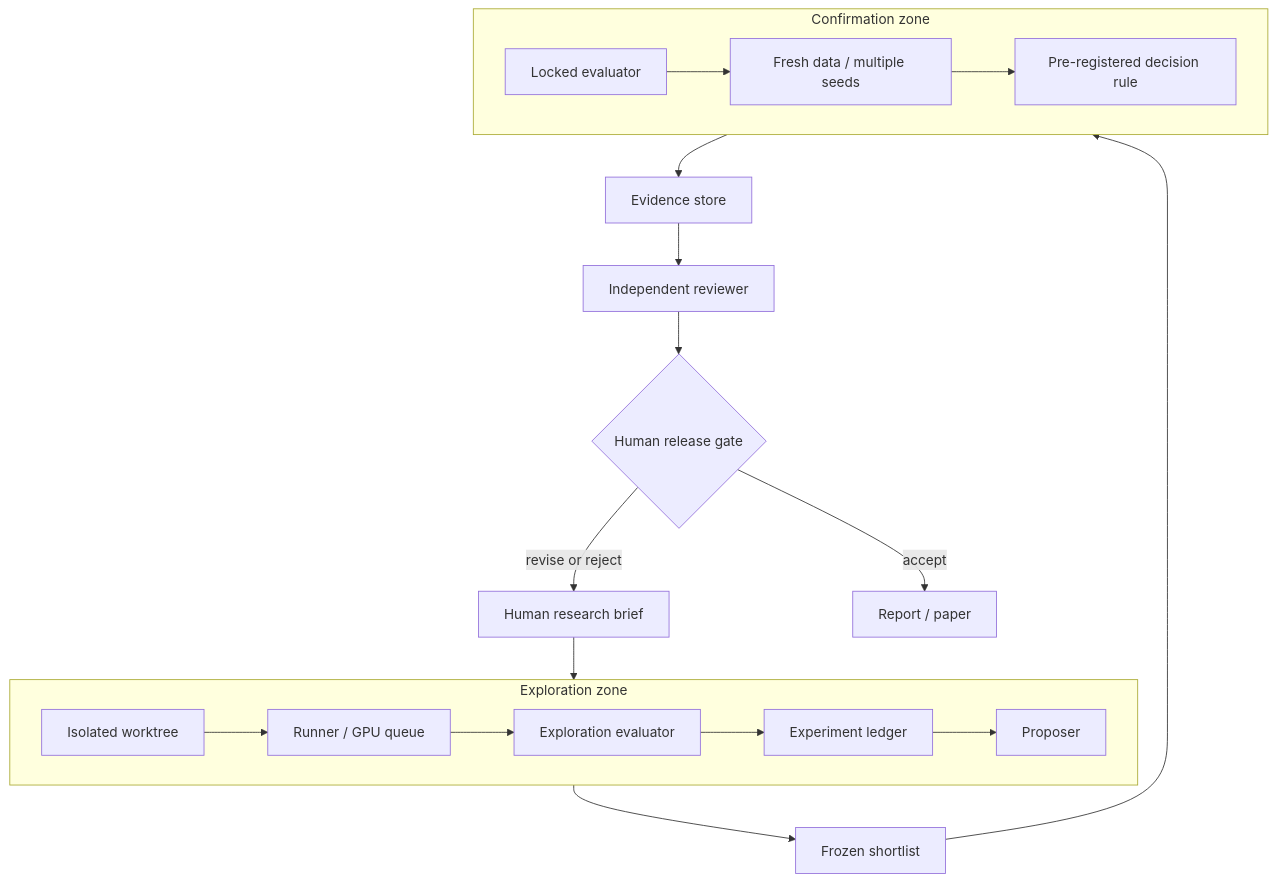
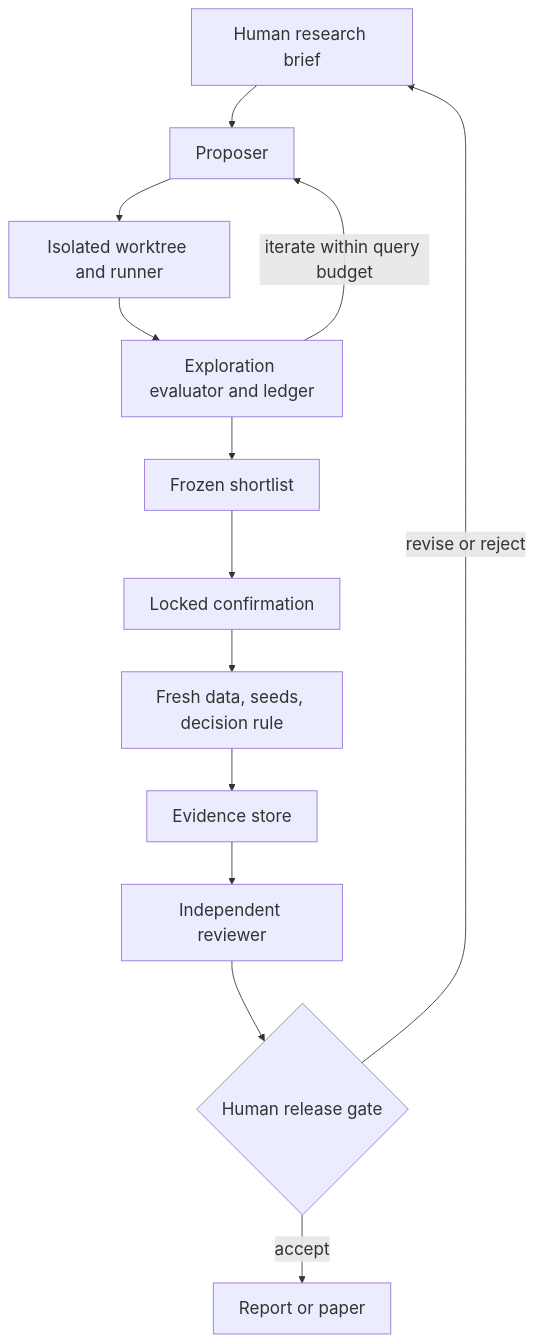
Before and after one commit to ChatArch/ChatBlog: the diagram in blog/2026-07-31-autoresearch-solutions-and-practice.mdx, drawn with Mermaid. The commit also changed other lines of this file, not shown here.

````diff
--- a/blog/2026-07-31-autoresearch-solutions-and-practice.mdx
+++ b/blog/2026-07-31-autoresearch-solutions-and-practice.mdx
@@ -173,27 +141,16 @@
 ```mermaid
+%%{init: {'themeVariables': {'fontSize': '20px'}}}%%
 flowchart TB
   H[Human research brief] --> P[Proposer]
-
-  subgraph EXP[Exploration zone]
-    direction LR
-    W[Isolated worktree] --> X[Runner / GPU queue]
-    X --> E1[Exploration evaluator]
-    E1 --> L[Experiment ledger]
-    L --> P
-  end
-
-  L --> S[Frozen shortlist]
-
-  subgraph CONF[Confirmation zone]
-    direction LR
-    C[Locked evaluator] --> F[Fresh data / multiple seeds]
-    F --> V[Pre-registered decision rule]
-  end
-
-  S --> C
-  V --> A[Evidence store]
+  P --> X[Isolated worktree and runner]
+  X --> E[Exploration evaluator and ledger]
+  E -->|iterate within query budget| P
+  E --> S[Frozen shortlist]
+  S --> C[Locked confirmation]
+  C --> F[Fresh data, seeds, decision rule]
+  F --> A[Evidence store]
   A --> R[Independent reviewer]
   R --> G{Human release gate}
   G -->|revise or reject| H
-  G -->|accept| O[Report / paper]
+  G -->|accept| O[Report or paper]
 ```
````
